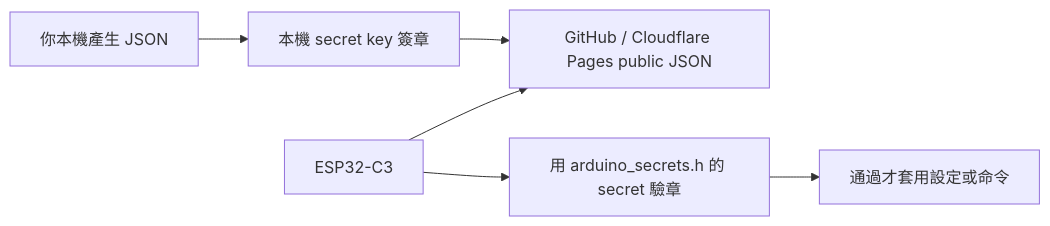
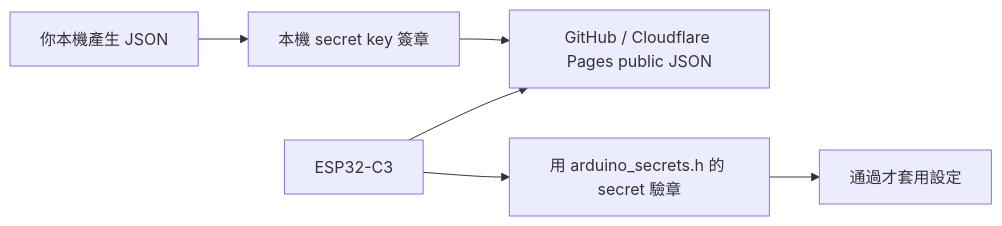
One commit to terry-eric/esp32c3-clock-web changed the diagram in README.md. Above: the diagram before and after it, drawn with Mermaid. The commit also changed other lines of this file and 8 other files, not shown here.

````diff
--- a/README.md
+++ b/README.md
@@ -5,8 +5,8 @@
 ```mermaid
 flowchart LR
   A["你本機產生 JSON"] --> B["本機 secret key 簽章"]
   B --> C["GitHub / Cloudflare Pages public JSON"]
   D["ESP32-C3"] --> C
   D --> E["用 arduino_secrets.h 的 secret 驗章"]
-  E --> F["通過才套用設定或命令"]
+  E --> F["通過才套用設定"]
 ```
````
